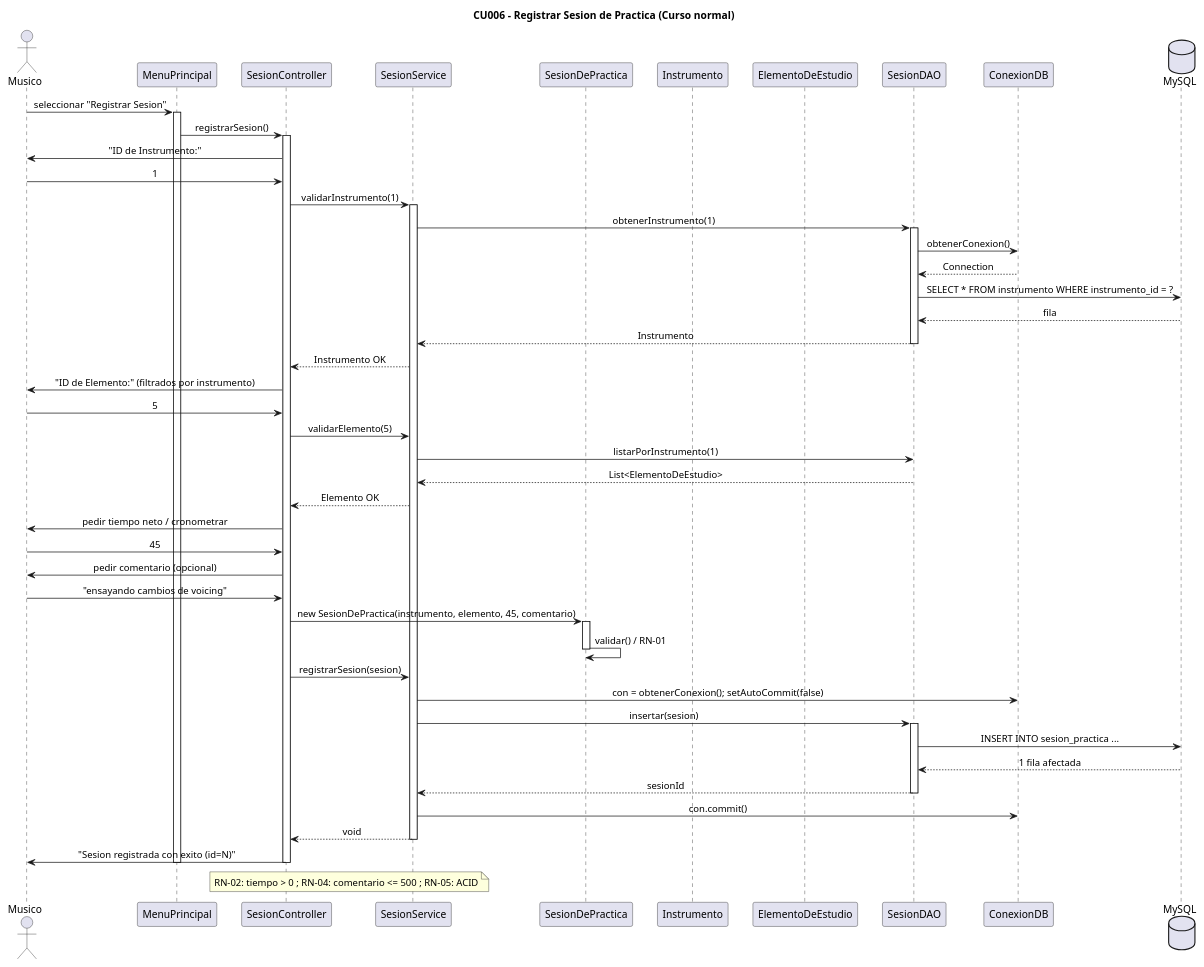
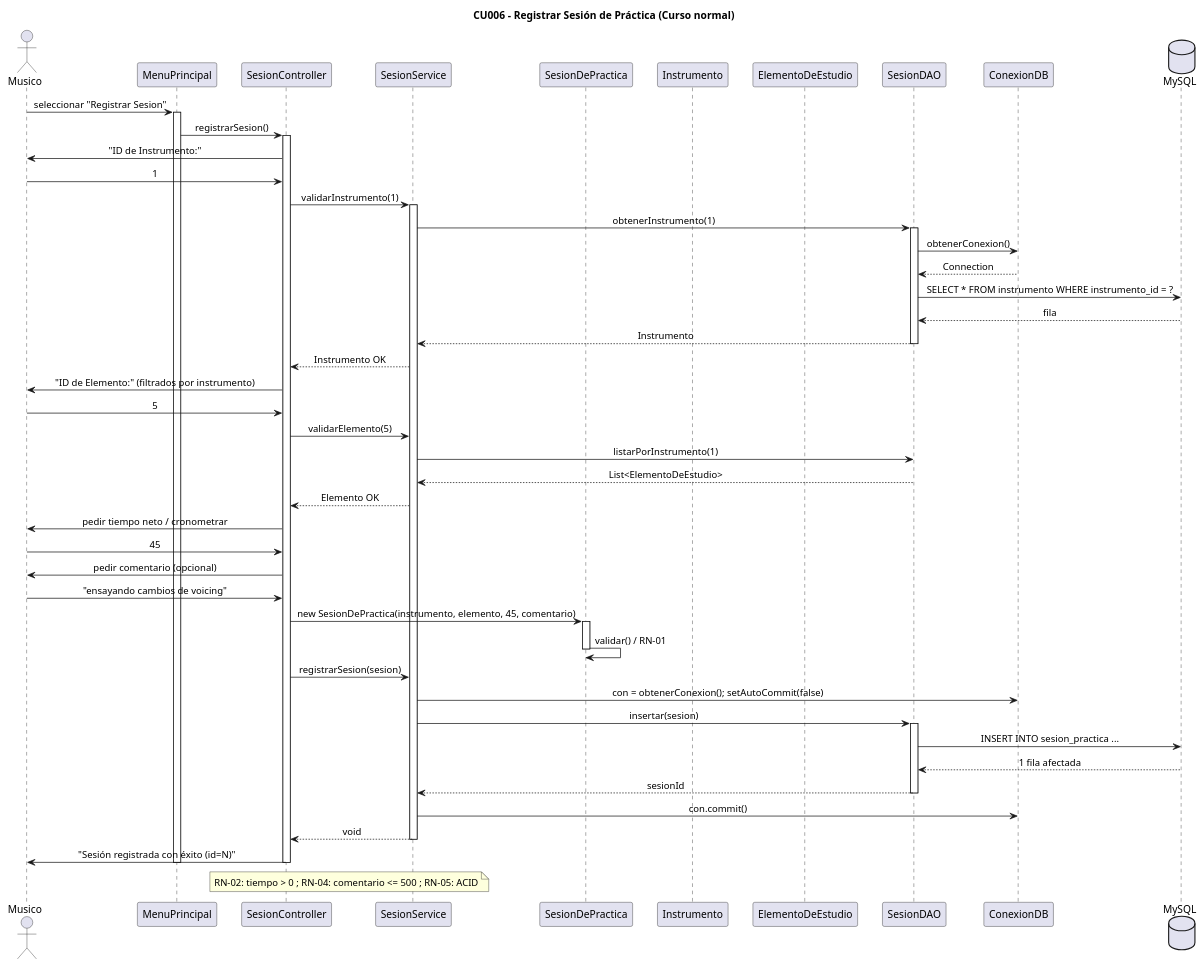
One commit to duendecillo2/reper-track changed the diagram in docs/diagramas/secuencia-cu006.puml. Above: the diagram before and after it, drawn with PlantUML. The commit also changed 7 other files, not shown here.

First line of the commit message:
docs: diagrama de clases sincronizado con el codigo y diagramas acentuados

```diff
--- a/docs/diagramas/secuencia-cu006.puml
+++ b/docs/diagramas/secuencia-cu006.puml
@@ -1,75 +1,75 @@
 @startuml
 !pragma layout smetana
-title CU006 - Registrar Sesion de Practica (Curso normal)
+title CU006 - Registrar Sesión de Práctica (Curso normal)
 
 skinparam sequenceMessageAlign center
 skinparam shadowing false
 skinparam ParticipantPadding 12
 skinparam BoxPadding 8
 
 actor Musico
 participant "MenuPrincipal" as MP
 participant "SesionController" as SC
 participant "SesionService" as SS
 participant "SesionDePractica" as SP
 participant "Instrumento" as INS
 participant "ElementoDeEstudio" as EE
 participant "SesionDAO" as DAO
 participant "ConexionDB" as DB
 database "MySQL" as M
 
 Musico -> MP : seleccionar "Registrar Sesion"
 activate MP
 MP -> SC : registrarSesion()
 activate SC
 
 SC -> Musico : "ID de Instrumento:"
 Musico -> SC : 1
 SC -> SS : validarInstrumento(1)
 activate SS
 SS -> DAO : obtenerInstrumento(1)
 activate DAO
 DAO -> DB : obtenerConexion()
 DB --> DAO : Connection
 DAO -> M : SELECT * FROM instrumento WHERE instrumento_id = ?
 M --> DAO : fila
 DAO --> SS : Instrumento
 deactivate DAO
 SS --> SC : Instrumento OK
 
 SC -> Musico : "ID de Elemento:" (filtrados por instrumento)
 Musico -> SC : 5
 SC -> SS : validarElemento(5)
 SS -> DAO : listarPorInstrumento(1)
 DAO --> SS : List<ElementoDeEstudio>
 SS --> SC : Elemento OK
 
 SC -> Musico : pedir tiempo neto / cronometrar
 Musico -> SC : 45
 SC -> Musico : pedir comentario (opcional)
 Musico -> SC : "ensayando cambios de voicing"
 
 SC -> SP : new SesionDePractica(instrumento, elemento, 45, comentario)
 activate SP
 SP -> SP : validar() / RN-01
 deactivate SP
 
 SC -> SS : registrarSesion(sesion)
 SS -> DB : con = obtenerConexion(); setAutoCommit(false)
 SS -> DAO : insertar(sesion)
 activate DAO
 DAO -> M : INSERT INTO sesion_practica ...
 M --> DAO : 1 fila afectada
 DAO --> SS : sesionId
 deactivate DAO
 SS -> DB : con.commit()
 SS --> SC : void
 deactivate SS
 
-SC -> Musico : "Sesion registrada con exito (id=N)"
+SC -> Musico : "Sesión registrada con éxito (id=N)"
 deactivate SC
 deactivate MP
 
 note over SC, SS : RN-02: tiempo > 0 ; RN-04: comentario <= 500 ; RN-05: ACID
 
 @enduml
```
